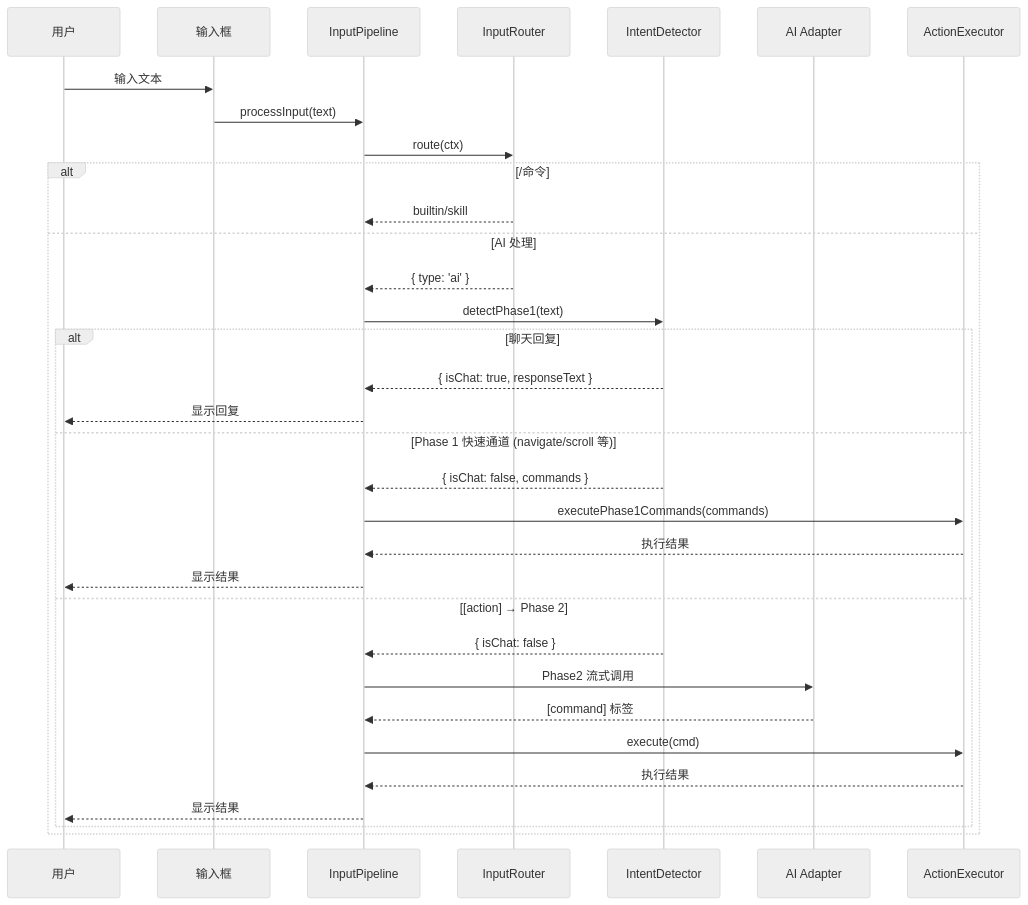
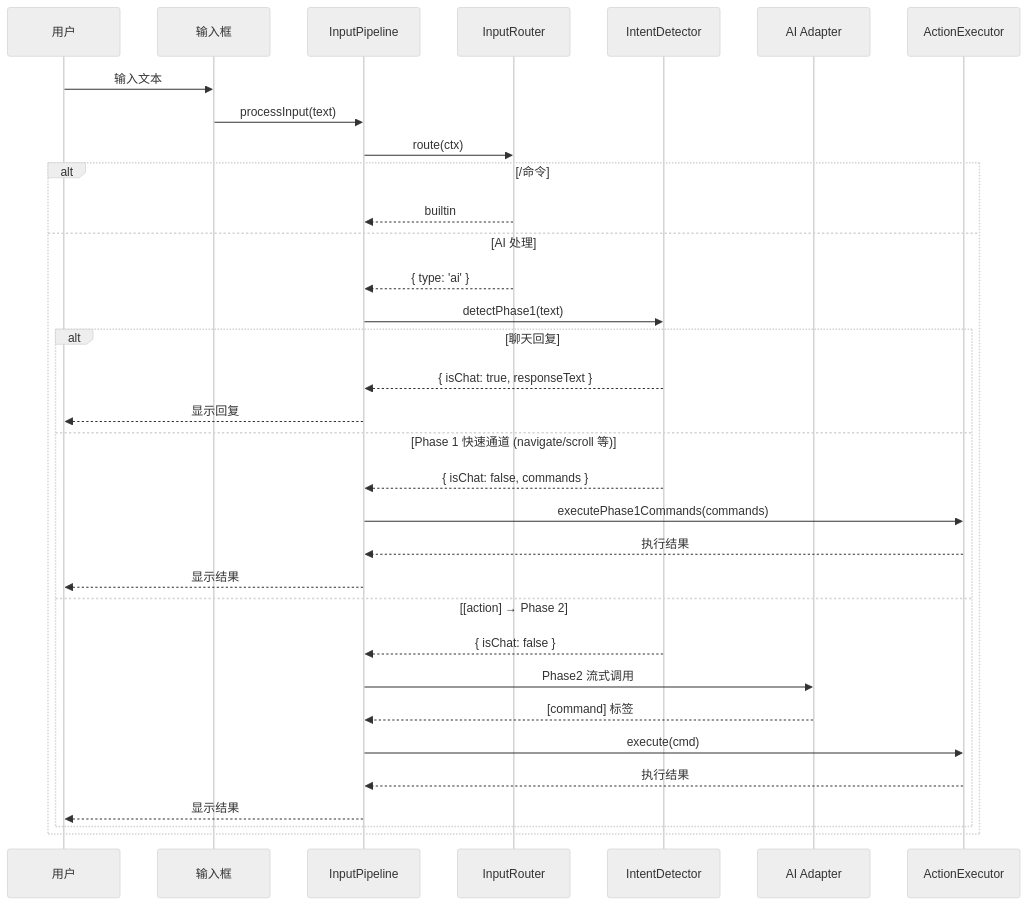
The second of 3 diagrams in docs/architecture/README.md (zw123zw/ai-browser), drawn with Mermaid (neutral theme) before and after one commit. The commit also changed 13 other files, not shown here.

````diff
--- a/docs/architecture/README.md
+++ b/docs/architecture/README.md
@@ -140,38 +140,38 @@
 ```mermaid
 sequenceDiagram
     participant User as 用户
     participant InputBar as 输入框
     participant Pipeline as InputPipeline
     participant Router as InputRouter
     participant Detector as IntentDetector
     participant AI as AI Adapter
     participant Executor as ActionExecutor
 
     User->>InputBar: 输入文本
     InputBar->>Pipeline: processInput(text)
     Pipeline->>Router: route(ctx)
 
     alt /命令
-        Router-->>Pipeline: builtin/skill
+        Router-->>Pipeline: builtin
     else AI 处理
         Router-->>Pipeline: { type: 'ai' }
         Pipeline->>Detector: detectPhase1(text)
 
         alt 聊天回复
             Detector-->>Pipeline: { isChat: true, responseText }
             Pipeline-->>User: 显示回复
         else Phase 1 快速通道 (navigate/scroll 等)
             Detector-->>Pipeline: { isChat: false, commands }
             Pipeline->>Executor: executePhase1Commands(commands)
             Executor-->>Pipeline: 执行结果
             Pipeline-->>User: 显示结果
         else [action] → Phase 2
             Detector-->>Pipeline: { isChat: false }
             Pipeline->>AI: Phase2 流式调用
             AI-->>Pipeline: [command] 标签
             Pipeline->>Executor: execute(cmd)
             Executor-->>Pipeline: 执行结果
             Pipeline-->>User: 显示结果
         end
     end
 ```
````
